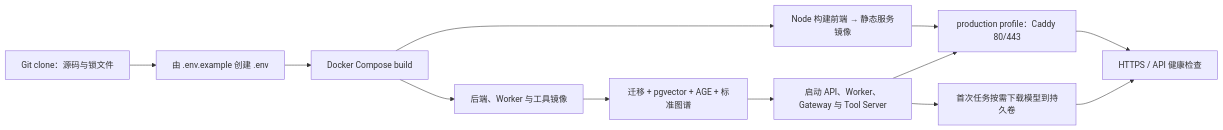
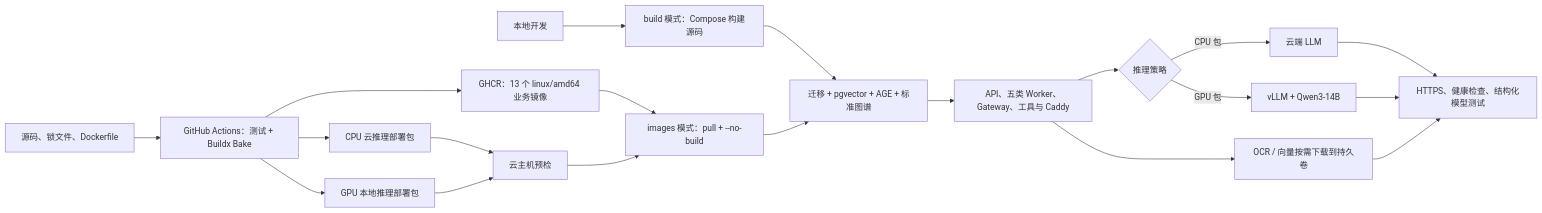
One commit to asxzsa558/CertiProof changed the third of 14 diagrams in .opencode/plans/ARCHITECTURE.md. Above: the diagram before and after it, drawn with Mermaid. The commit also changed other lines of this file and 55 other files, not shown here.

````diff
--- a/.opencode/plans/ARCHITECTURE.md
+++ b/.opencode/plans/ARCHITECTURE.md
@@ -194,14 +216,22 @@
 ```mermaid
 flowchart LR
-  CLONE["Git clone：源码与锁文件"] --> ENV["由 .env.example 创建 .env"]
-  ENV --> BUILD["Docker Compose build"]
-  BUILD --> FEIMG["Node 构建前端 → 静态服务镜像"]
-  BUILD --> APPIMG["后端、Worker 与工具镜像"]
-  APPIMG --> MIGRATE["迁移 + pgvector + AGE + 标准图谱"]
-  MIGRATE --> START["启动 API、Worker、Gateway 与 Tool Server"]
-  START --> EDGE["production profile：Caddy 80/443"]
-  START --> LAZY["首次任务按需下载模型到持久卷"]
-  FEIMG --> EDGE
-  EDGE --> READY["HTTPS / API 健康检查"]
+  SOURCE["源码、锁文件、Dockerfile"] --> CI["GitHub Actions：测试 + Buildx Bake"]
+  CI --> REGISTRY["GHCR：13 个 linux/amd64 业务镜像"]
+  CI --> CPU["CPU 云推理部署包"]
+  CI --> GPU["GPU 本地推理部署包"]
+  LOCAL["本地开发"] --> BUILD["build 模式：Compose 构建源码"]
+  REGISTRY --> PULL["images 模式：pull + --no-build"]
+  CPU --> PREFLIGHT["云主机预检"]
+  GPU --> PREFLIGHT
+  PREFLIGHT --> PULL
+  BUILD --> MIGRATE["迁移 + pgvector + AGE + 标准图谱"]
+  PULL --> MIGRATE
+  MIGRATE --> START["API、五类 Worker、Gateway、工具与 Caddy"]
+  START --> PROFILE{"推理策略"}
+  PROFILE -->|"CPU 包"| CLOUD["云端 LLM"]
+  PROFILE -->|"GPU 包"| VLLM["vLLM + Qwen3-14B"]
+  START --> LAZY["OCR / 向量按需下载到持久卷"]
+  CLOUD --> READY["HTTPS、健康检查、结构化模型测试"]
+  VLLM --> READY
   LAZY --> READY
 ```
````
